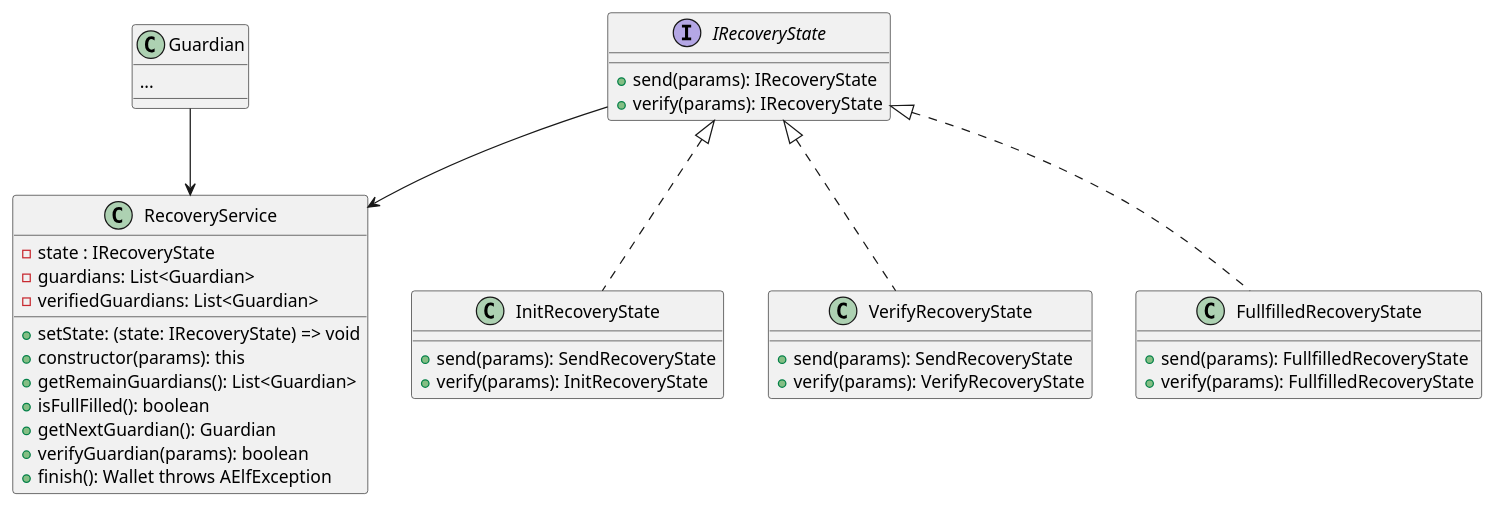
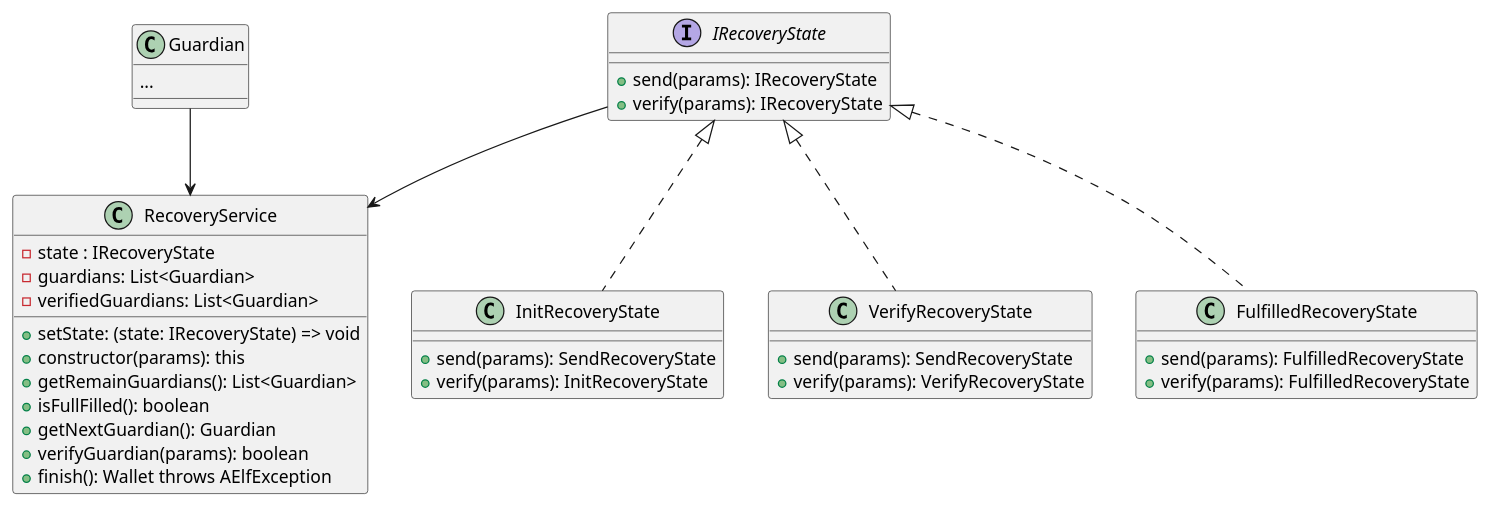
One commit to carbon-portkey/portkey-java-sdk changed the diagram in uml/recovery.puml. Above: the diagram before and after it, drawn with PlantUML. The commit also changed 28 other files, not shown here.

```diff
--- a/uml/recovery.puml
+++ b/uml/recovery.puml
@@ -1,44 +1,44 @@
 @startuml recovery
 class RecoveryService {
     - state : IRecoveryState
     - guardians: List<Guardian>
     - verifiedGuardians: List<Guardian>
     + setState: (state: IRecoveryState) => void
     + constructor(params): this
     + getRemainGuardians(): List<Guardian>
     + isFullFilled(): boolean
     + getNextGuardian(): Guardian
     + verifyGuardian(params): boolean
     + finish(): Wallet throws AElfException
 }
 
 class Guardian {
     ...
 }
 
 interface IRecoveryState {
     + send(params): IRecoveryState
     + verify(params): IRecoveryState
 }
 
 class InitRecoveryState implements IRecoveryState {
     + send(params): SendRecoveryState
     + verify(params): InitRecoveryState
 }
 
 class VerifyRecoveryState implements IRecoveryState {
     + send(params): SendRecoveryState
     + verify(params): VerifyRecoveryState
 }
 
-class FullfilledRecoveryState implements IRecoveryState {
-    + send(params): FullfilledRecoveryState
-    + verify(params): FullfilledRecoveryState
+class FulfilledRecoveryState implements IRecoveryState {
+    + send(params): FulfilledRecoveryState
+    + verify(params): FulfilledRecoveryState
 }
 
 Guardian --> RecoveryService
 IRecoveryState --> RecoveryService
 
 
 
 @enduml
```
